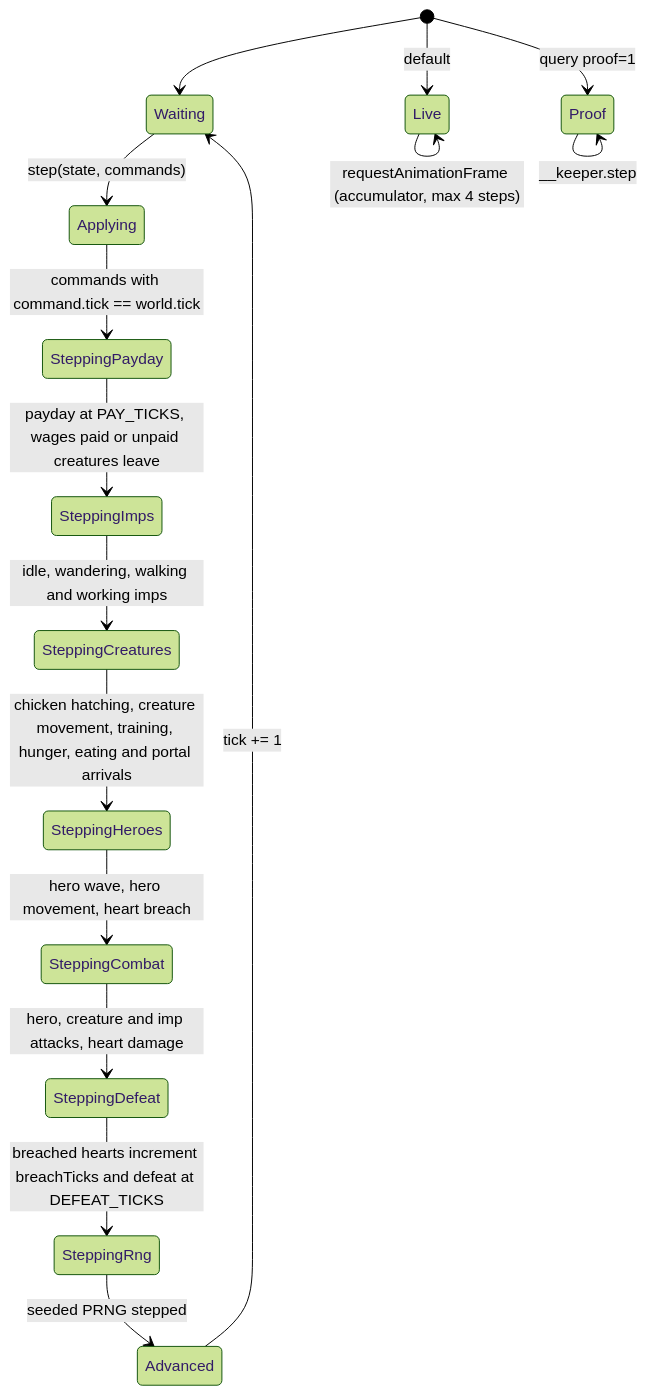
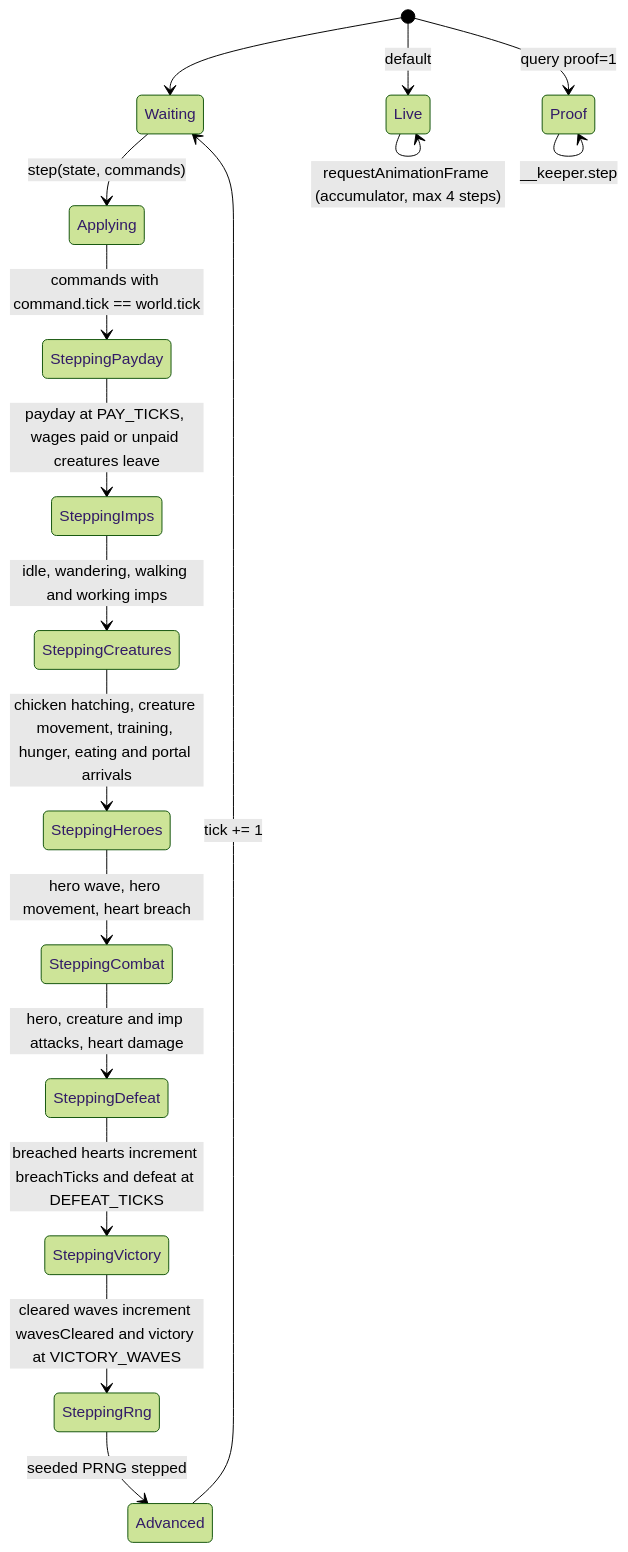
Before and after one commit to jmporchet/keeper: the tenth of 10 diagrams in docs/design.md, drawn with Mermaid (forest theme). The commit also changed other lines of this file and 26 other files, not shown here.

Commit message:
Victory after VICTORY_WAVES cleared hero waves (#59)

````diff
--- a/docs/design.md
+++ b/docs/design.md
@@ -404,18 +408,19 @@
 ```mermaid
 stateDiagram-v2
     [*] --> Waiting
     Waiting --> Applying: step(state, commands)
     Applying --> SteppingPayday: commands with command.tick == world.tick
     SteppingPayday --> SteppingImps: payday at PAY_TICKS, wages paid or unpaid creatures leave
     SteppingImps --> SteppingCreatures: idle, wandering, walking and working imps
     SteppingCreatures --> SteppingHeroes: chicken hatching, creature movement, training, hunger, eating and portal arrivals
     SteppingHeroes --> SteppingCombat: hero wave, hero movement, heart breach
     SteppingCombat --> SteppingDefeat: hero, creature and imp attacks, heart damage
-    SteppingDefeat --> SteppingRng: breached hearts increment breachTicks and defeat at DEFEAT_TICKS
+    SteppingDefeat --> SteppingVictory: breached hearts increment breachTicks and defeat at DEFEAT_TICKS
+    SteppingVictory --> SteppingRng: cleared waves increment wavesCleared and victory at VICTORY_WAVES
     SteppingRng --> Advanced: seeded PRNG stepped
     Advanced --> Waiting: tick += 1
     [*] --> Live: default
     [*] --> Proof: query proof=1
     Live --> Live: requestAnimationFrame (accumulator, max 4 steps)
     Proof --> Proof: __keeper.step
 ```
````
